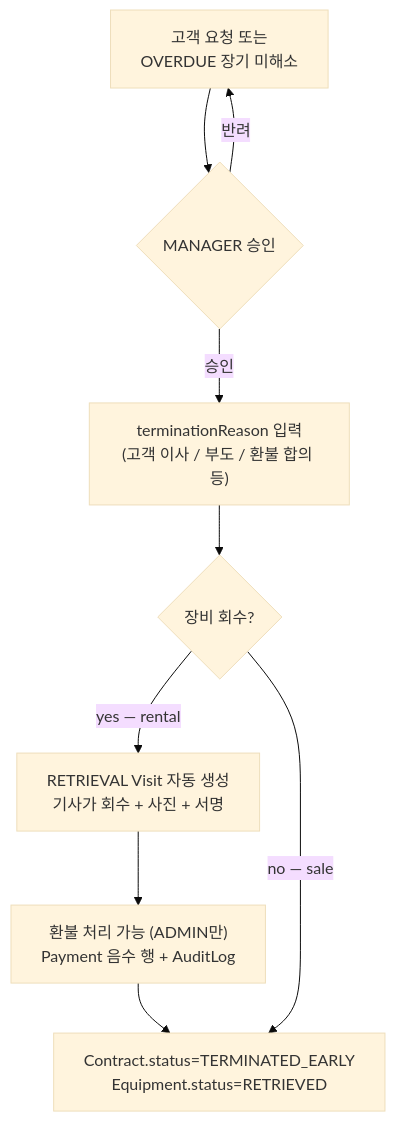
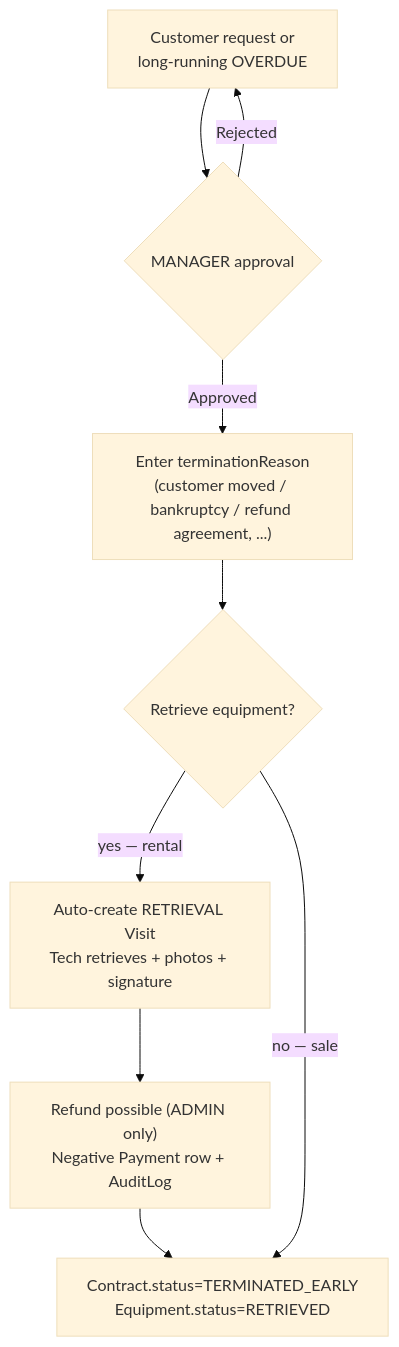
Before and after one commit to JoJakeTaemoon/jakes-home-appliances-soms: diagram 14 of 43 in docs/USER_WORKFLOWS.md, drawn with Mermaid (base theme). The commit also changed other lines of this file and 1 other file, not shown here.

First line of the commit message:
docs(workflows): add per-Part summary diagrams to HOW_TO_USE.md + translate USER_WORKFLOWS.md to English

````diff
--- a/docs/USER_WORKFLOWS.md
+++ b/docs/USER_WORKFLOWS.md
@@ -439,16 +439,16 @@
 ```mermaid
 flowchart TD
-  Trigger["고객 요청 또는<br/>OVERDUE 장기 미해소"]
-  MgrApprove{MANAGER 승인}
-  Reason["terminationReason 입력<br/>(고객 이사 / 부도 / 환불 합의 등)"]
-  Equip{장비 회수?}
-  RetVisit["RETRIEVAL Visit 자동 생성<br/>기사가 회수 + 사진 + 서명"]
-  Refund["환불 처리 가능 (ADMIN만)<br/>Payment 음수 행 + AuditLog"]
+  Trigger["Customer request or<br/>long-running OVERDUE"]
+  MgrApprove{MANAGER approval}
+  Reason["Enter terminationReason<br/>(customer moved / bankruptcy / refund agreement, ...)"]
+  Equip{Retrieve equipment?}
+  RetVisit["Auto-create RETRIEVAL Visit<br/>Tech retrieves + photos + signature"]
+  Refund["Refund possible (ADMIN only)<br/>Negative Payment row + AuditLog"]
   Done["Contract.status=TERMINATED_EARLY<br/>Equipment.status=RETRIEVED"]
 
   Trigger --> MgrApprove
-  MgrApprove -->|승인| Reason --> Equip
-  MgrApprove -->|반려| Trigger
+  MgrApprove -->|Approved| Reason --> Equip
+  MgrApprove -->|Rejected| Trigger
   Equip -->|yes — rental| RetVisit --> Refund --> Done
   Equip -->|no — sale| Done
 ```
````
